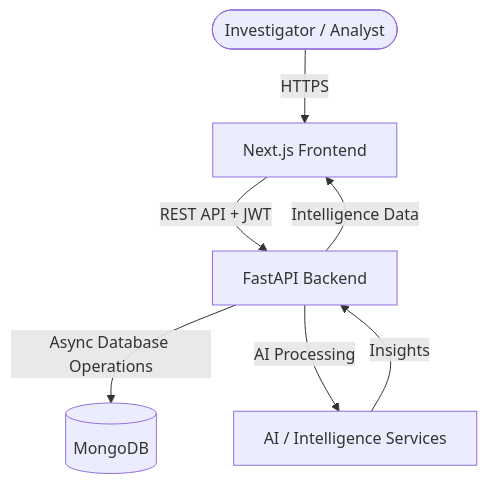
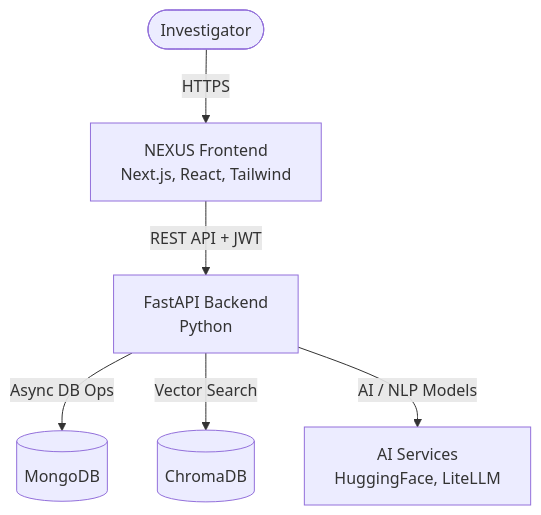
Before and after one commit to ASTA91-GIT/Nexus: the diagram in README.md, drawn with Mermaid. The commit also changed other lines of this file and 4 other files, not shown here.

````diff
--- a/README.md
+++ b/README.md
@@ -127,17 +96,8 @@
 ```mermaid
 graph TD
-
-    User([Investigator / Analyst])
-
-    User -->|HTTPS| Frontend[Next.js Frontend]
-
-    Frontend -->|REST API + JWT| Backend[FastAPI Backend]
-
-    Backend -->|Async Database Operations| Database[(MongoDB)]
-
-    Backend -->|AI Processing| AI[AI / Intelligence Services]
-
-    AI -->|Insights| Backend
-
-    Backend -->|Intelligence Data| Frontend
+    User([Investigator]) -->|HTTPS| Frontend[NEXUS Frontend <br/> Next.js, React, Tailwind]
+    Frontend -->|REST API + JWT| Backend[FastAPI Backend <br/> Python]
+    Backend -->|Async DB Ops| DB[(MongoDB)]
+    Backend -->|Vector Search| Chroma[(ChromaDB)]
+    Backend -->|AI / NLP Models| AI[AI Services <br/> HuggingFace, LiteLLM]
 ```
````
